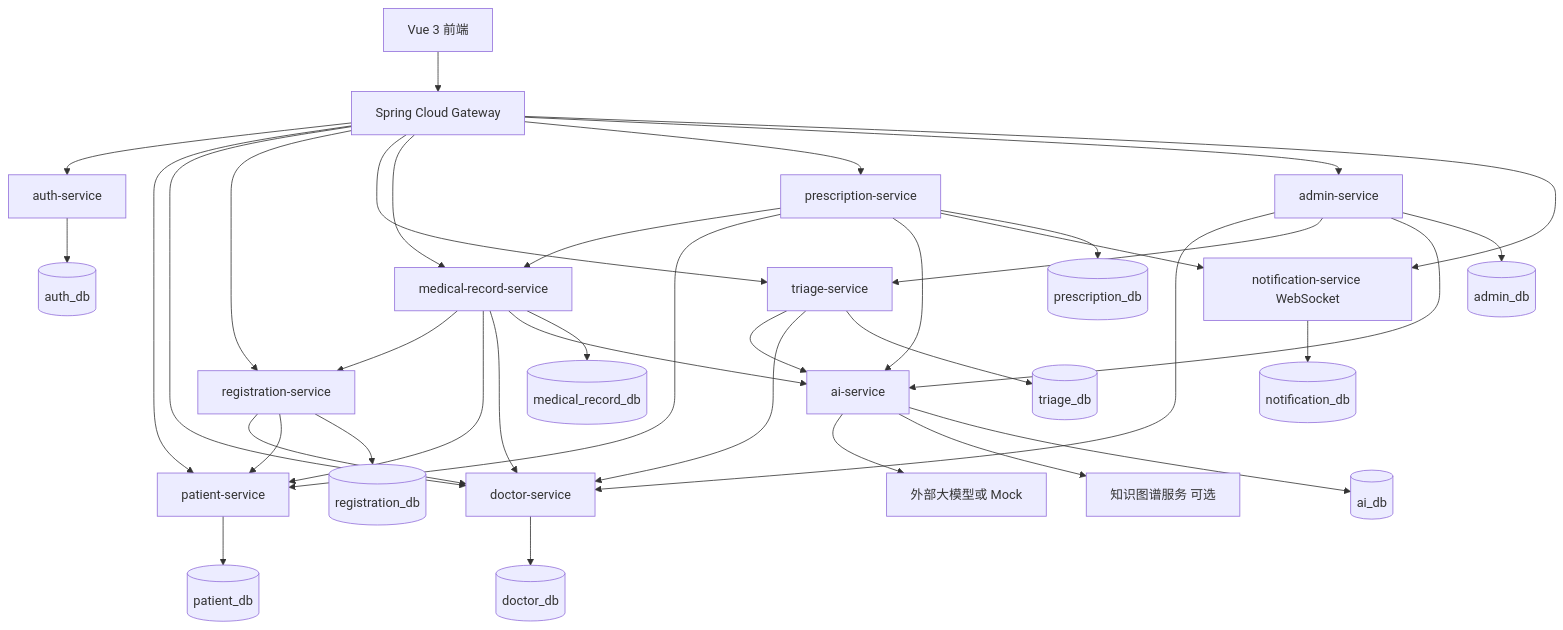
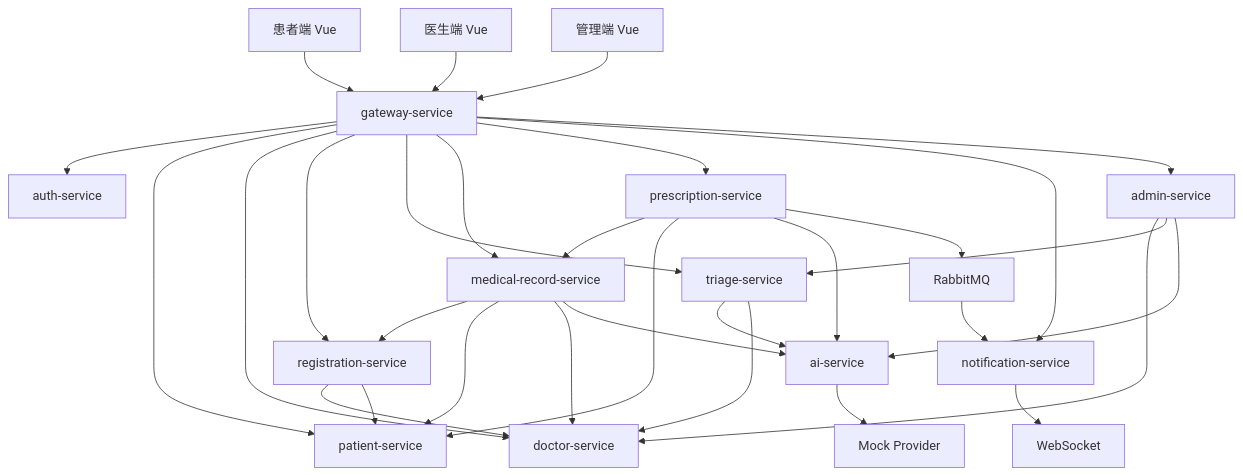
Before and after one commit to cloudydreamland/smart_cloud_brain: the diagram in docs/14-microservice-architecture.md, drawn with Mermaid. The commit also changed other lines of this file and 65 other files, not shown here.

````diff
--- a/docs/14-microservice-architecture.md
+++ b/docs/14-microservice-architecture.md
@@ -54,42 +37,35 @@
 ```mermaid
 flowchart TB
-  FE[Vue 3 前端] --> GW[Spring Cloud Gateway]
-  GW --> AUTH[auth-service]
-  GW --> PAT[patient-service]
-  GW --> DOC[doctor-service]
-  GW --> REG[registration-service]
-  GW --> TRI[triage-service]
-  GW --> MR[medical-record-service]
-  GW --> PRE[prescription-service]
-  GW --> ADM[admin-service]
-  GW --> NOTI[notification-service WebSocket]
+  PATWEB["患者端 Vue"] --> GW["gateway-service"]
+  DOCWEB["医生端 Vue"] --> GW
+  ADMWEB["管理端 Vue"] --> GW
 
-  TRI --> AI[ai-service]
+  GW --> AUTH["auth-service"]
+  GW --> PAT["patient-service"]
+  GW --> DOC["doctor-service"]
+  GW --> REG["registration-service"]
+  GW --> TRI["triage-service"]
+  GW --> MR["medical-record-service"]
+  GW --> PRE["prescription-service"]
+  GW --> NOTI["notification-service"]
+  GW --> ADM["admin-service"]
+
+  TRI --> AI["ai-service"]
   TRI --> DOC
   REG --> DOC
   REG --> PAT
   MR --> REG
   MR --> PAT
   MR --> DOC
   MR --> AI
   PRE --> MR
   PRE --> PAT
   PRE --> AI
-  PRE --> NOTI
+  PRE --> MQ["RabbitMQ"]
+  MQ --> NOTI
+  NOTI --> WS["WebSocket"]
   ADM --> DOC
   ADM --> TRI
   ADM --> AI
-  AI --> LLM[外部大模型或 Mock]
-  AI --> KG[知识图谱服务 可选]
-
-  AUTH --> DBA[(auth_db)]
-  PAT --> DBP[(patient_db)]
-  DOC --> DBD[(doctor_db)]
-  REG --> DBR[(registration_db)]
-  TRI --> DBT[(triage_db)]
-  MR --> DBM[(medical_record_db)]
-  PRE --> DBPR[(prescription_db)]
-  AI --> DBAI[(ai_db)]
-  NOTI --> DBN[(notification_db)]
-  ADM --> DBADM[(admin_db)]
+  AI --> MOCK["Mock Provider"]
 ```
````
